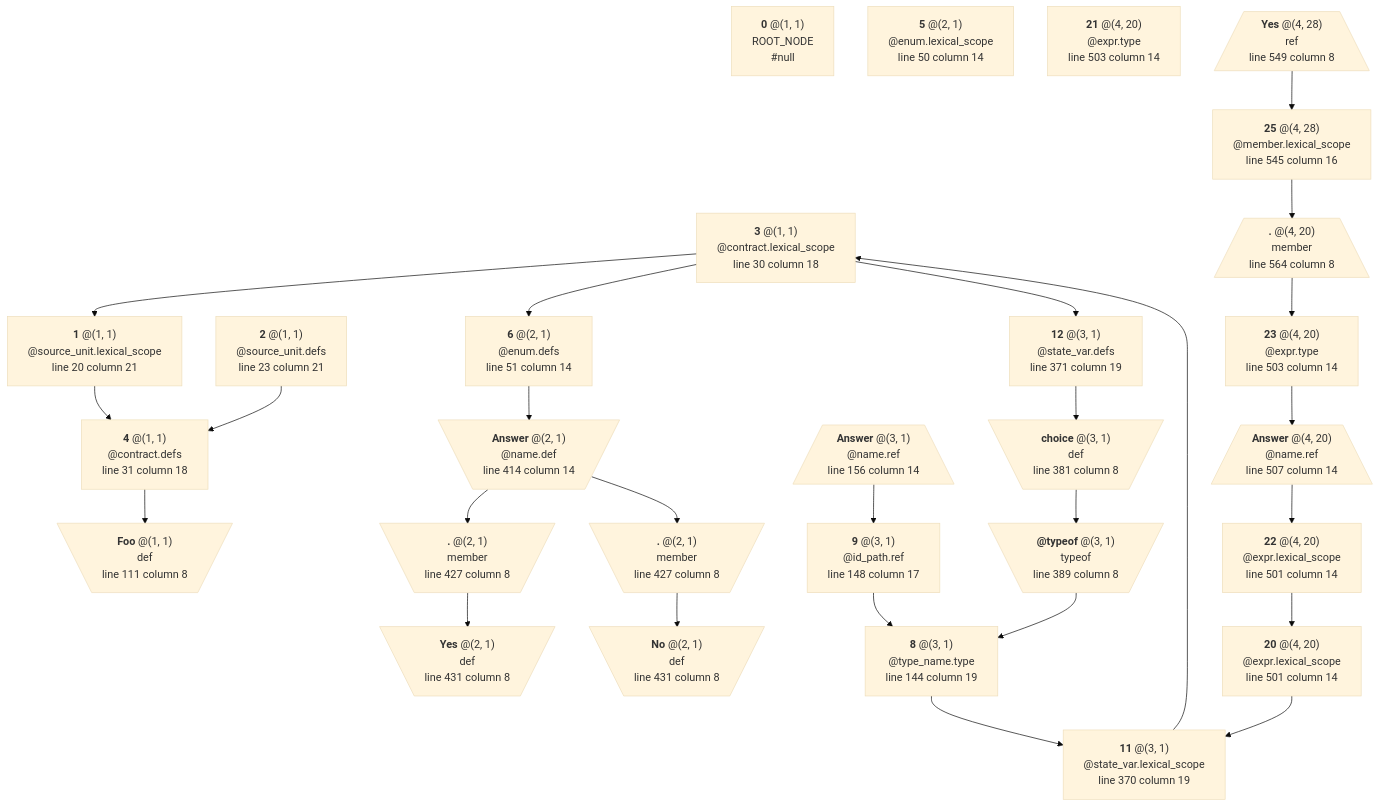
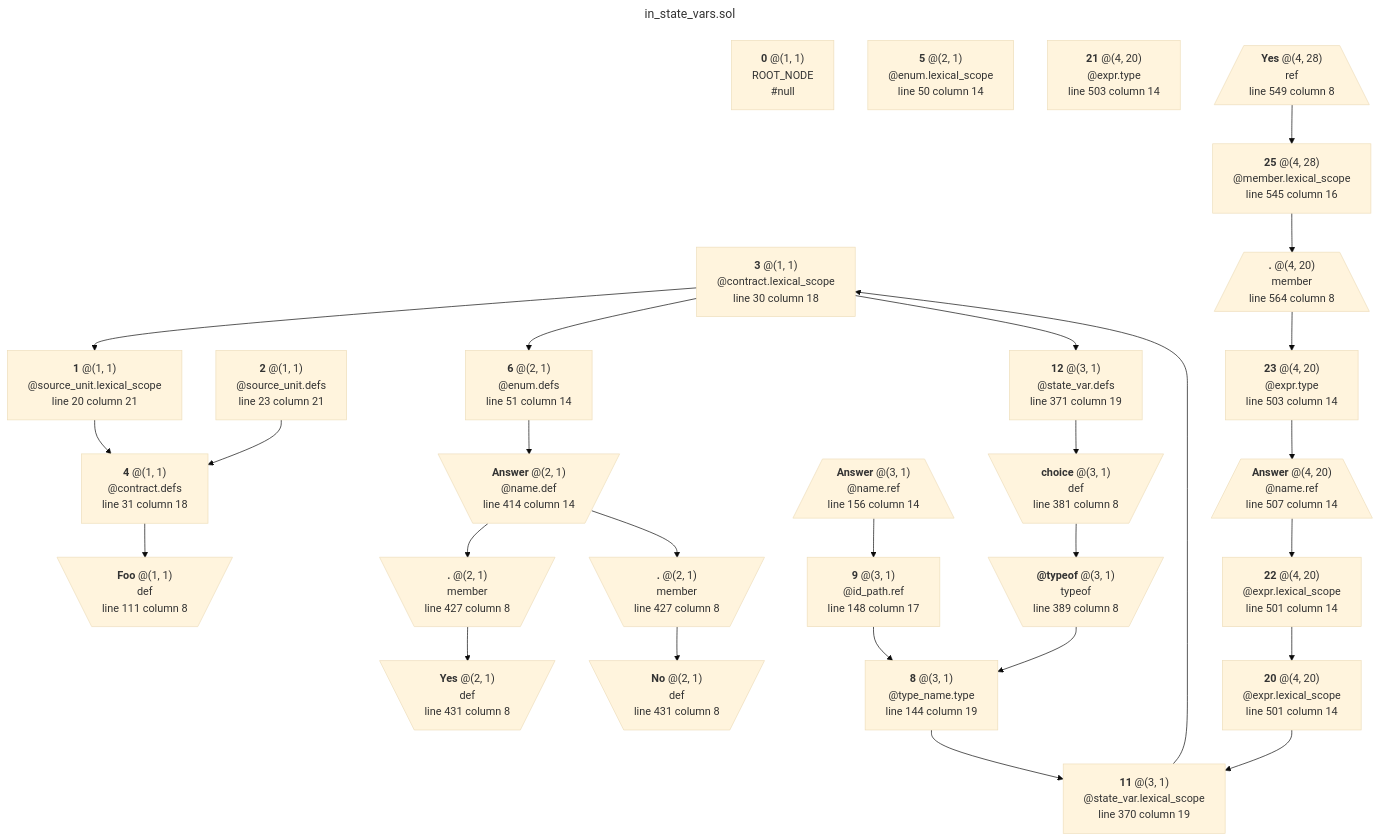
Before and after one commit to manastech/slang: the diagram in crates/solidity/testing/snapshots/bindings_output/enums/generated/in_state_vars.sol-0.4.11.mmd, drawn with Mermaid (base theme). The commit also changed 25 other files, not shown here.

```diff
--- a/crates/solidity/testing/snapshots/bindings_output/enums/generated/in_state_vars.sol-0.4.11.mmd
+++ b/crates/solidity/testing/snapshots/bindings_output/enums/generated/in_state_vars.sol-0.4.11.mmd
@@ -1,110 +1,113 @@
+---
+title: in_state_vars.sol
+---
 graph TD
 	N0["`**0** @(1, 1)
 ROOT_NODE
 #null`"]
 	N1["`**1** @(1, 1)
 @source_unit.lexical_scope
 line 20 column 21`"]
 	N1 --> N4
 	N2["`**2** @(1, 1)
 @source_unit.defs
 line 23 column 21`"]
 	N2 --> N4
 	N3["`**3** @(1, 1)
 @contract.lexical_scope
 line 30 column 18`"]
 	N3 --> N1
 	N3 --> N6
 	N3 --> N12
 	N4["`**4** @(1, 1)
 @contract.defs
 line 31 column 18`"]
 	N4 --> N7
 	N5["`**5** @(2, 1)
 @enum.lexical_scope
 line 50 column 14`"]
 	N6["`**6** @(2, 1)
 @enum.defs
 line 51 column 14`"]
 	N6 --> N15
 	N7[\"`**Foo** @(1, 1)
 def
 line 111 column 8`"/]
 	N8["`**8** @(3, 1)
 @type_name.type
 line 144 column 19`"]
 	N8 --> N11
 	N9["`**9** @(3, 1)
 @id_path.ref
 line 148 column 17`"]
 	N9 --> N8
 	N10[/"`**Answer** @(3, 1)
 @name.ref
 line 156 column 14`"\]
 	N10 --> N9
 	N11["`**11** @(3, 1)
 @state_var.lexical_scope
 line 370 column 19`"]
 	N11 --> N3
 	N12["`**12** @(3, 1)
 @state_var.defs
 line 371 column 19`"]
 	N12 --> N13
 	N13[\"`**choice** @(3, 1)
 def
 line 381 column 8`"/]
 	N13 --> N14
 	N14[\"`**@typeof** @(3, 1)
 typeof
 line 389 column 8`"/]
 	N14 --> N8
 	N15[\"`**Answer** @(2, 1)
 @name.def
 line 414 column 14`"/]
 	N15 --> N16
 	N15 --> N18
 	N16[\"`**.** @(2, 1)
 member
 line 427 column 8`"/]
 	N16 --> N17
 	N17[\"`**Yes** @(2, 1)
 def
 line 431 column 8`"/]
 	N18[\"`**.** @(2, 1)
 member
 line 427 column 8`"/]
 	N18 --> N19
 	N19[\"`**No** @(2, 1)
 def
 line 431 column 8`"/]
 	N20["`**20** @(4, 20)
 @expr.lexical_scope
 line 501 column 14`"]
 	N20 --> N11
 	N21["`**21** @(4, 20)
 @expr.type
 line 503 column 14`"]
 	N22["`**22** @(4, 20)
 @expr.lexical_scope
 line 501 column 14`"]
 	N22 --> N20
 	N23["`**23** @(4, 20)
 @expr.type
 line 503 column 14`"]
 	N23 --> N24
 	N24[/"`**Answer** @(4, 20)
 @name.ref
 line 507 column 14`"\]
 	N24 --> N22
 	N25["`**25** @(4, 28)
 @member.lexical_scope
 line 545 column 16`"]
 	N25 --> N27
 	N26[/"`**Yes** @(4, 28)
 ref
 line 549 column 8`"\]
 	N26 --> N25
 	N27[/"`**.** @(4, 20)
 member
 line 564 column 8`"\]
 	N27 --> N23
```
